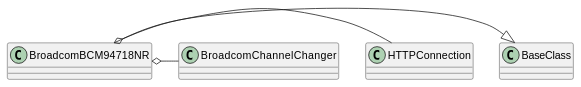
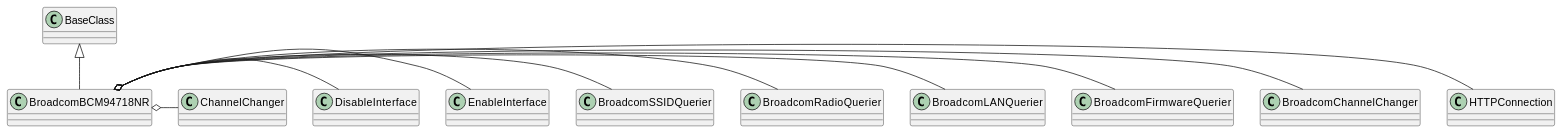
One commit to russell-n/apcommand changed the third of 3 diagrams in apcommand/accesspoints/broadcom/broadcom.rst. Above: the diagram before and after it, drawn with PlantUML. The commit also changed other lines of this file and 74 other files, not shown here.

```diff
--- a/apcommand/accesspoints/broadcom/broadcom.rst
+++ b/apcommand/accesspoints/broadcom/broadcom.rst
@@ -33,5 +110,12 @@
 .. uml::
 
-   BroadcomBCM94718NR -|> BaseClass
+   BaseClass <|-- BroadcomBCM94718NR
    BroadcomBCM94718NR o- HTTPConnection
    BroadcomBCM94718NR o- BroadcomChannelChanger
+   BroadcomBCM94718NR o- BroadcomFirmwareQuerier
+   BroadcomBCM94718NR o- BroadcomLANQuerier
+   BroadcomBCM94718NR o- BroadcomRadioQuerier
+   BroadcomBCM94718NR o- BroadcomSSIDQuerier
+   BroadcomBCM94718NR o- EnableInterface
+   BroadcomBCM94718NR o- DisableInterface
+   BroadcomBCM94718NR o- ChannelChanger
```
